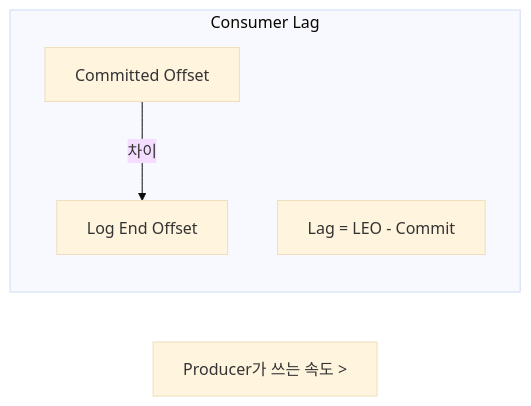
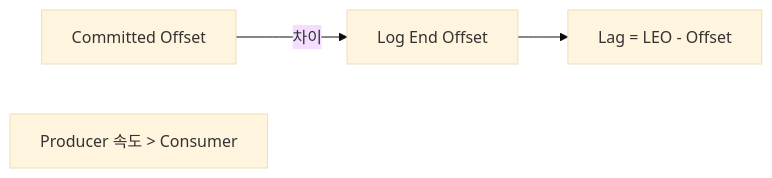
One commit to yjkim2015/yjkim2015.github.io changed diagram 13 of 21 in _posts/kafka/2026-05-01-kafka-extreme-scenarios.md. Above: the diagram before and after it, drawn with Mermaid (base theme). The commit also changed other lines of this file and 155 other files, not shown here.

First line of the commit message:
Mermaid 전면 수정: subgraph 제거, participant/노드/줄수 축소 (342블록)

````diff
--- a/_posts/kafka/2026-05-01-kafka-extreme-scenarios.md
+++ b/_posts/kafka/2026-05-01-kafka-extreme-scenarios.md
@@ -425,10 +417,9 @@
 ```mermaid
 graph LR
-    subgraph lag["Consumer Lag"]
-        LEO["Log End Offset"]
-        CO["Committed Offset"]
-        LAG["Lag = LEO - Commit"]
-        CO -->|차이| LEO
-    end
-    NOTE["Producer가 쓰는 속도 >"]
+    LEO["Log End Offset"]
+    CO["Committed Offset"]
+    LAG["Lag = LEO - Offset"]
+    CO -->|차이| LEO
+    LEO --> LAG
+    NOTE["Producer 속도 > Consumer"]
 ```
````
